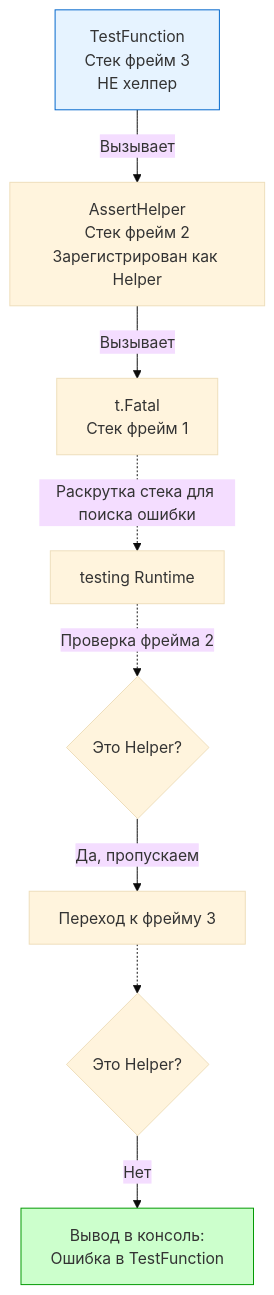
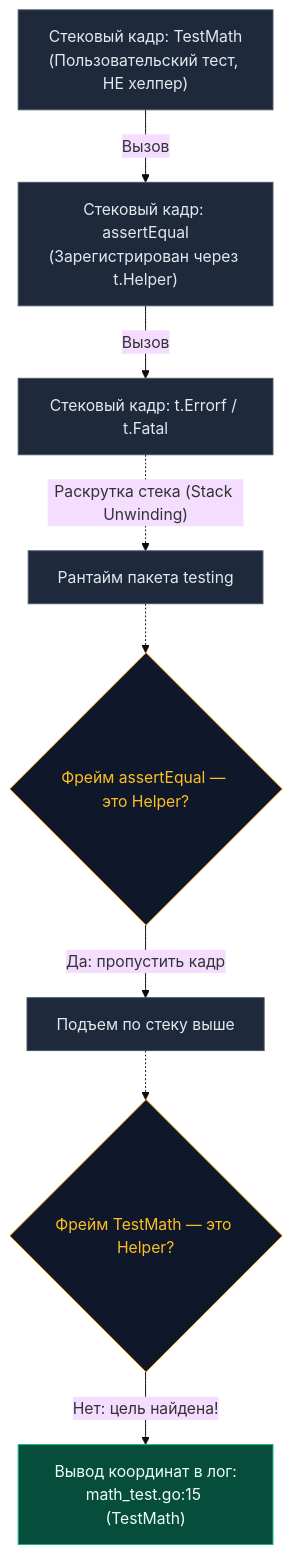
One commit to UnrealTemplier/go-textbook changed the diagram in sources/15. Тестирование в Go (QA & Testing)/02. testing пакет/7. Helper функции и t.Helper.md. Above: the diagram before and after it, drawn with Mermaid (base theme). The commit also changed other lines of this file, not shown here.

Commit message:
feat(module-15): editorial rewrite of lecture 7 (Helper функции и t.Helper) in Subsection 2 in Kernighan style

````diff
--- a/sources/15. Тестирование в Go (QA & Testing)/02. testing пакет/7. Helper функции и t.Helper.md
+++ b/sources/15. Тестирование в Go (QA & Testing)/02. testing пакет/7. Helper функции и t.Helper.md
@@ -68,14 +73,19 @@
 ```mermaid
 flowchart TD
-    Test["TestFunction<br>Стек фрейм 3<br>НЕ хелпер"] -->|"Вызывает"| Helper["AssertHelper<br>Стек фрейм 2<br>Зарегистрирован как Helper"]
-    Helper -->|"Вызывает"| Fatal["t.Fatal<br>Стек фрейм 1"]
+    Test["Стековый кадр: TestMath<br/>(Пользовательский тест, НЕ хелпер)"] -->|"Вызов"| Helper["Стековый кадр: assertEqual<br/>(Зарегистрирован через t.Helper)"]
+    Helper -->|"Вызов"| Fail["Стековый кадр: t.Errorf / t.Fatal"]
     
-    Fatal -.->|"Раскрутка стека для поиска ошибки"| Engine["testing Runtime"]
-    Engine -.->|"Проверка фрейма 2"| CheckHelper{"Это Helper?"}
-    CheckHelper -->|"Да, пропускаем"| Engine2["Переход к фрейму 3"]
-    Engine2 -.-> CheckHelper2{"Это Helper?"}
-    CheckHelper2 -->|"Нет"| Print["Вывод в консоль:<br>Ошибка в TestFunction"]
-    
-    style Test fill:#e6f3ff,stroke:#0066cc
-    style Print fill:#ccffcc,stroke:#009900
+    Fail -.->|"Раскрутка стека (Stack Unwinding)"| Engine["Рантайм пакета testing"]
+    Engine -.-> Check1{"Фрейм assertEqual — это Helper?"}
+    Check1 -->|"Да: пропустить кадр"| StepUp["Подъем по стеку выше"]
+    StepUp -.-> Check2{"Фрейм TestMath — это Helper?"}
+    Check2 -->|"Нет: цель найдена!"| Report["Вывод координат в лог:<br/>math_test.go:15 (TestMath)"]
+
+    classDef frame fill:#1e293b,stroke:#475569,stroke-width:1px,color:#e2e8f0;
+    classDef check fill:#0f172a,stroke:#f59e0b,stroke-width:1px,color:#fbbf24;
+    classDef success fill:#064e3b,stroke:#10b981,stroke-width:1px,color:#ecfdf5;
+
+    class Test,Helper,Fail,Engine,StepUp frame;
+    class Check1,Check2 check;
+    class Report success;
 ```
````
